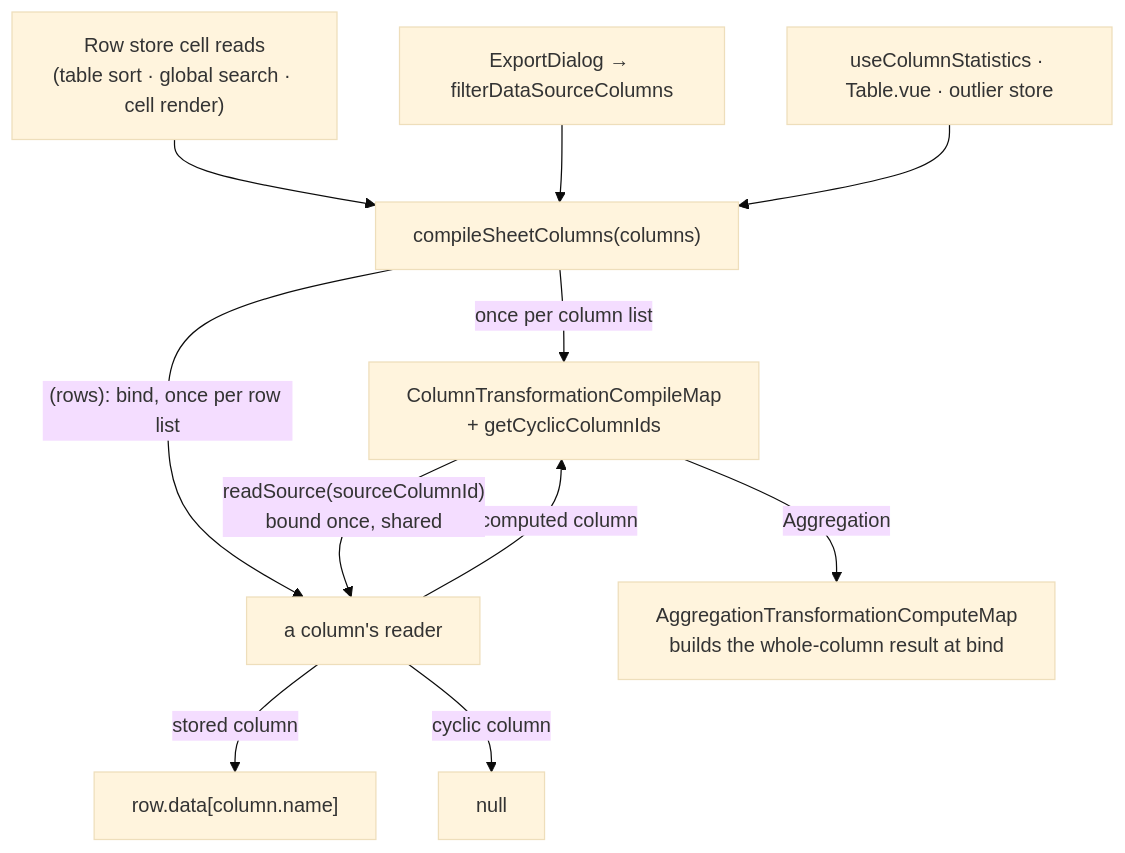
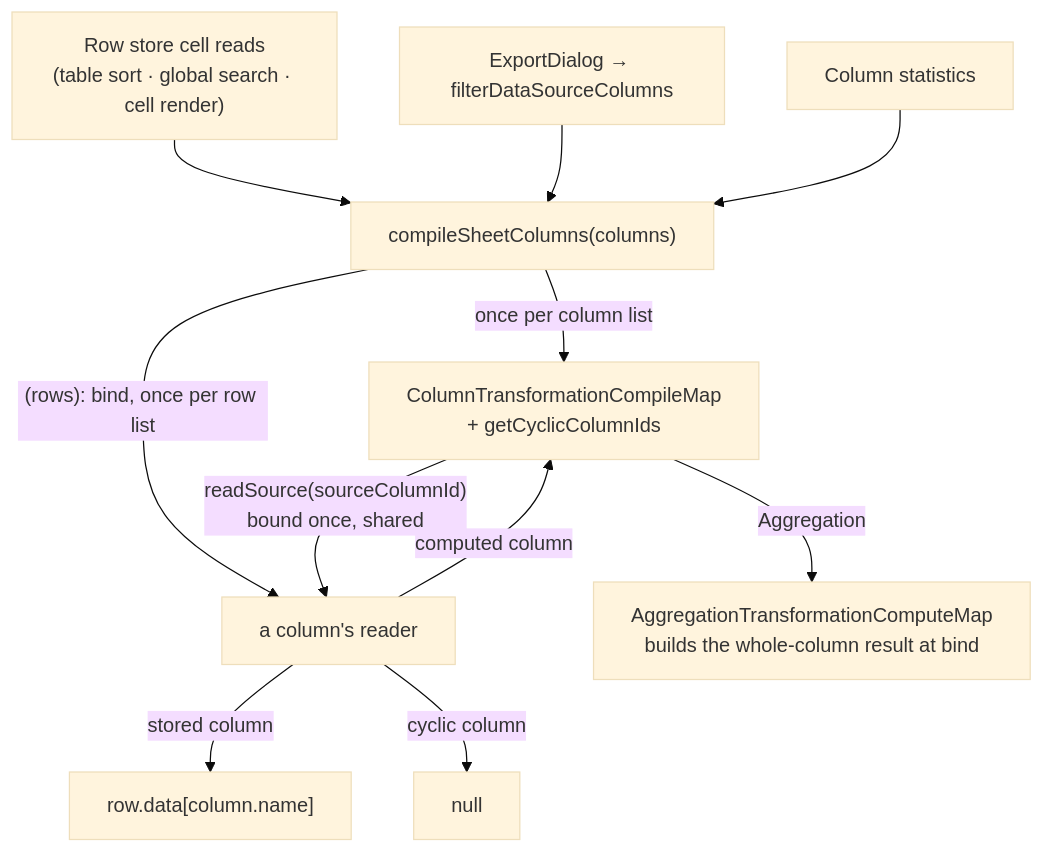
Before and after one commit to Esposter/Esposter: the diagram in openspec/specs/resource/sheet/computed-columns/design.md, drawn with Mermaid (base theme). The commit also changed 3 other files, not shown here.

````diff
--- a/openspec/specs/resource/sheet/computed-columns/design.md
+++ b/openspec/specs/resource/sheet/computed-columns/design.md
@@ -19,13 +19,13 @@
 ```mermaid
 flowchart TD
   headers["Row store cell reads<br/>(table sort · global search · cell render)"] --> compile
   export["ExportDialog → filterDataSourceColumns"] --> compile
-  stats["useColumnStatistics · Table.vue · outlier store"] --> compile
+  stats["Column statistics"] --> compile
   compile["compileSheetColumns(columns)"] -->|"once per column list"| CM["ColumnTransformationCompileMap<br/>+ getCyclicColumnIds"]
   compile -->|"(rows): bind, once per row list"| bind["a column's reader"]
   bind -->|"stored column"| raw["row.data[column.name]"]
   bind -->|"cyclic column"| cyc["null"]
   bind -->|"computed column"| CM
   CM -->|"readSource(sourceColumnId)<br/>bound once, shared"| bind
   CM -->|"Aggregation"| agg["AggregationTransformationComputeMap<br/>builds the whole-column result at bind"]
 ```
````
